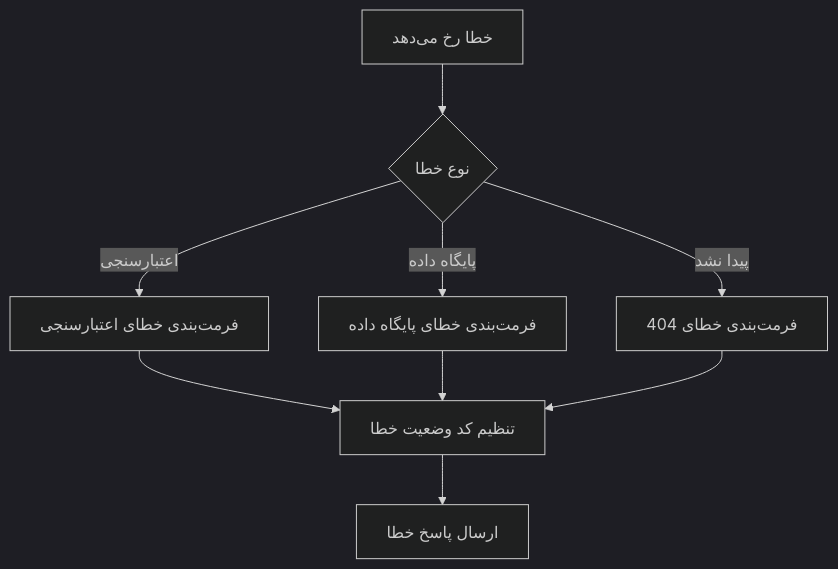
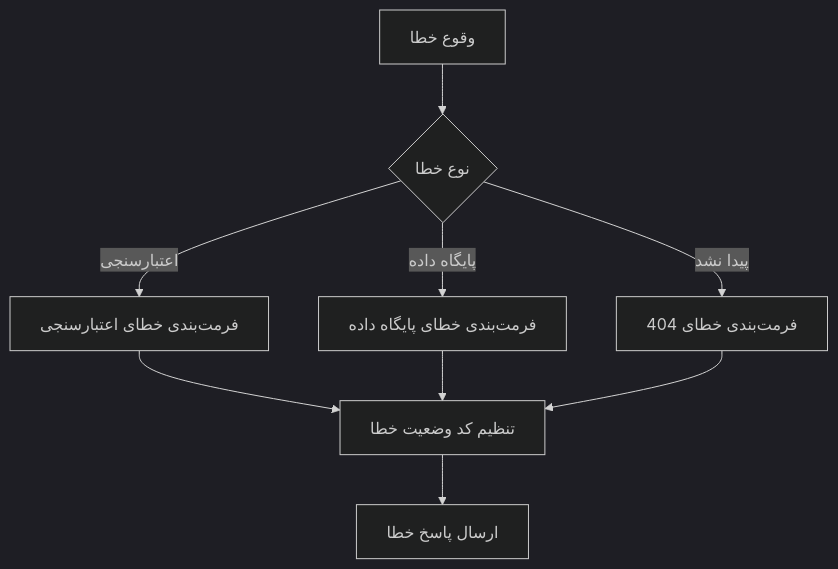
Before and after one commit to secure73/MicrosPy: the third of 4 diagrams in DOCUMENTATION.fa.md, drawn with Mermaid (dark theme). The commit also changed other lines of this file and 2 other files, not shown here.

````diff
--- a/DOCUMENTATION.fa.md
+++ b/DOCUMENTATION.fa.md
@@ -576,11 +573,11 @@
 ```mermaid
 graph TD
-    A[خطا رخ می‌دهد] --> B{نوع خطا}
+    A[وقوع خطا] --> B{نوع خطا}
     B -->|اعتبارسنجی| C[فرمت‌بندی خطای اعتبارسنجی]
     B -->|پایگاه داده| D[فرمت‌بندی خطای پایگاه داده]
     B -->|پیدا نشد| E[فرمت‌بندی خطای 404]
     C --> F[تنظیم کد وضعیت خطا]
     D --> F
     E --> F
     F --> G[ارسال پاسخ خطا]
 ```
````
